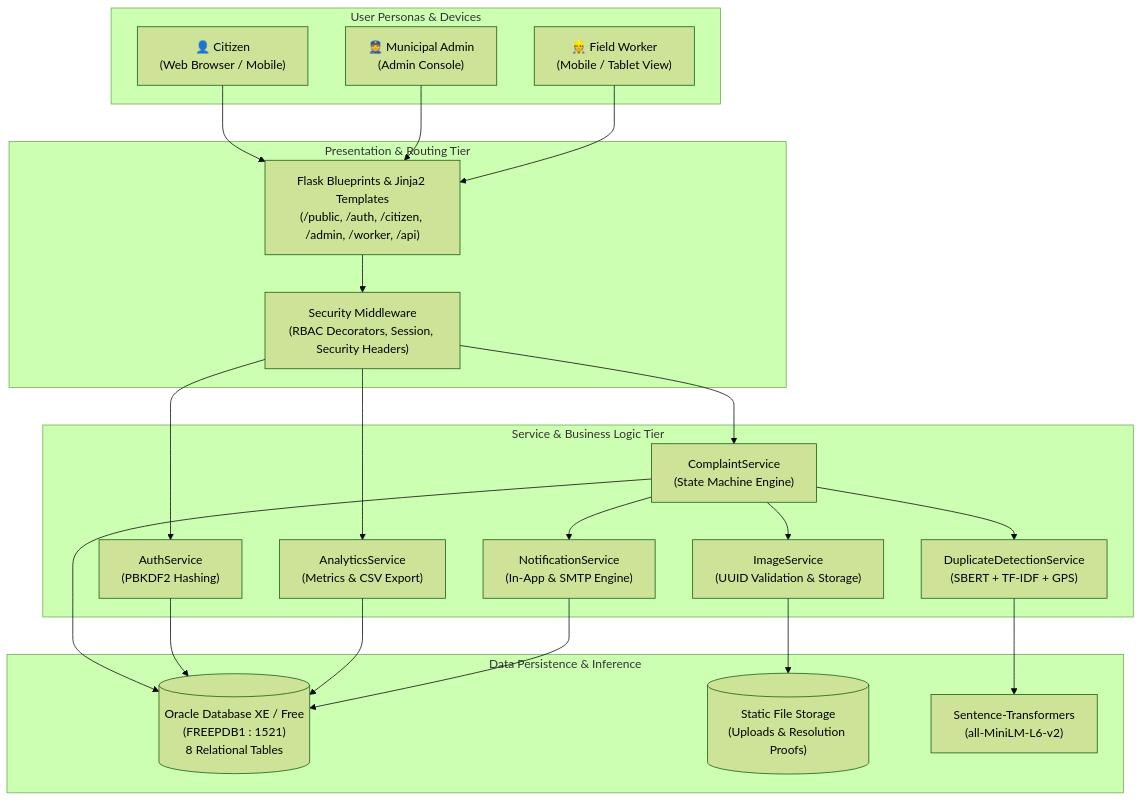
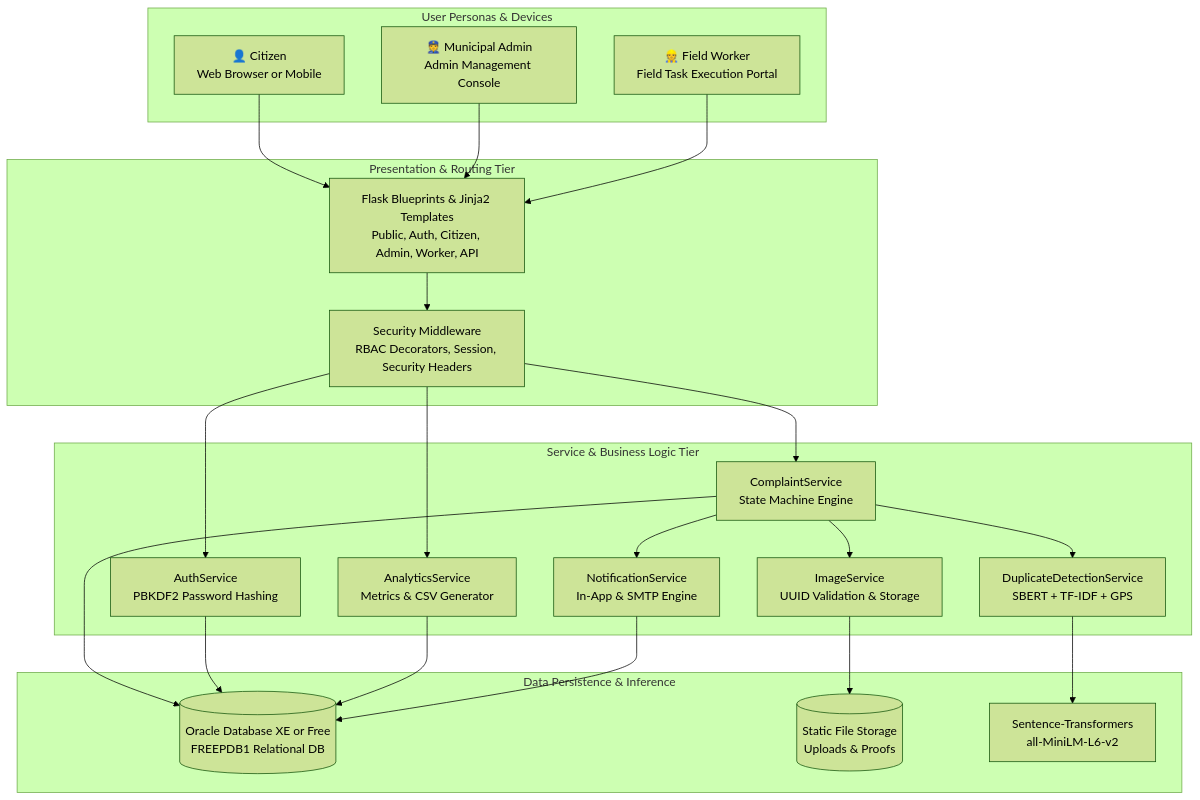
The first of 2 diagrams in README.md (Sagarsen2001/CivicPulse), drawn with Mermaid (forest theme) before and after one commit. The commit also changed other lines of this file and 2 other files, not shown here.

````diff
--- a/README.md
+++ b/README.md
@@ -22,48 +70,48 @@
 ```mermaid
 flowchart TD
     subgraph Clients["User Personas & Devices"]
-        Citizen["👤 Citizen\n(Web Browser / Mobile)"]
-        Admin["👮 Municipal Admin\n(Admin Console)"]
-        Worker["👷 Field Worker\n(Mobile / Tablet View)"]
+        Citizen["👤 Citizen<br/>Web Browser or Mobile"]
+        Admin["👮 Municipal Admin<br/>Admin Management Console"]
+        Worker["👷 Field Worker<br/>Field Task Execution Portal"]
     end
 
     subgraph Presentation["Presentation & Routing Tier"]
-        UI["Flask Blueprints & Jinja2 Templates\n(/public, /auth, /citizen, /admin, /worker, /api)"]
-        SecMW["Security Middleware\n(RBAC Decorators, Session, Security Headers)"]
+        UI["Flask Blueprints & Jinja2 Templates<br/>Public, Auth, Citizen, Admin, Worker, API"]
+        SecMW["Security Middleware<br/>RBAC Decorators, Session, Security Headers"]
     end
 
     subgraph ServiceTier["Service & Business Logic Tier"]
-        AuthSvc["AuthService\n(PBKDF2 Hashing)"]
-        CompSvc["ComplaintService\n(State Machine Engine)"]
-        DupSvc["DuplicateDetectionService\n(SBERT + TF-IDF + GPS)"]
-        AnalytSvc["AnalyticsService\n(Metrics & CSV Export)"]
-        NotifSvc["NotificationService\n(In-App & SMTP Engine)"]
-        ImgSvc["ImageService\n(UUID Validation & Storage)"]
+        AuthSvc["AuthService<br/>PBKDF2 Password Hashing"]
+        CompSvc["ComplaintService<br/>State Machine Engine"]
+        DupSvc["DuplicateDetectionService<br/>SBERT + TF-IDF + GPS"]
+        AnalytSvc["AnalyticsService<br/>Metrics & CSV Generator"]
+        NotifSvc["NotificationService<br/>In-App & SMTP Engine"]
+        ImgSvc["ImageService<br/>UUID Validation & Storage"]
     end
 
     subgraph DataTier["Data Persistence & Inference"]
-        OracleDB[("Oracle Database XE / Free\n(FREEPDB1 : 1521)\n8 Relational Tables")]
-        FileSystem[("Static File Storage\n(Uploads & Resolution Proofs)")]
-        MLModel["Sentence-Transformers\n(all-MiniLM-L6-v2)"]
+        OracleDB[("Oracle Database XE or Free<br/>FREEPDB1 Relational DB")]
+        FileSystem[("Static File Storage<br/>Uploads & Proofs")]
+        MLModel["Sentence-Transformers<br/>all-MiniLM-L6-v2"]
     end
 
     Citizen --> UI
     Admin --> UI
     Worker --> UI
 
     UI --> SecMW
     SecMW --> AuthSvc
     SecMW --> CompSvc
     SecMW --> AnalytSvc
 
     CompSvc --> DupSvc
     CompSvc --> NotifSvc
     CompSvc --> ImgSvc
 
     DupSvc --> MLModel
     CompSvc --> OracleDB
     AuthSvc --> OracleDB
     AnalytSvc --> OracleDB
     NotifSvc --> OracleDB
     ImgSvc --> FileSystem
 ```
````
